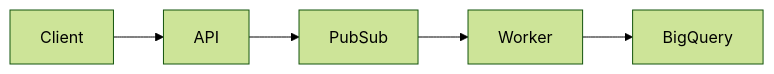
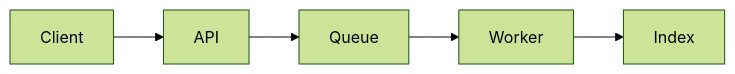
One commit to yk-dev-health/healthcare-data-pipeline changed the diagram in README.md. Above: the diagram before and after it, drawn with Mermaid (forest theme). The commit also changed other lines of this file and 3 other files, not shown here.

````diff
--- a/README.md
+++ b/README.md
@@ -37,7 +19,7 @@
 ```mermaid
 flowchart LR
     Client --> API
-    API --> PubSub
-    PubSub --> Worker
-    Worker --> BigQuery
+    API --> Queue
+    Queue --> Worker
+    Worker --> Index
 ```
````
